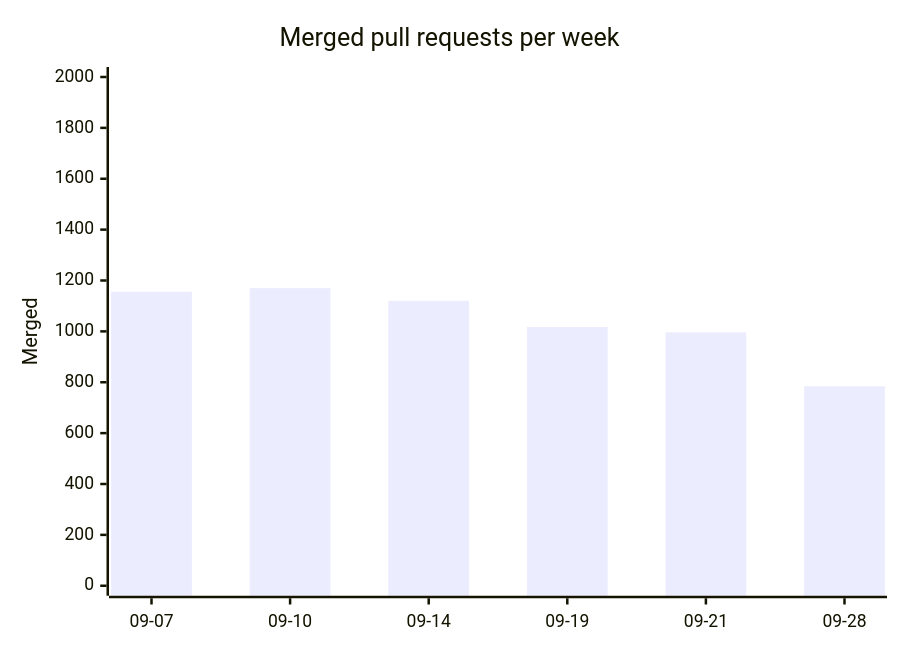
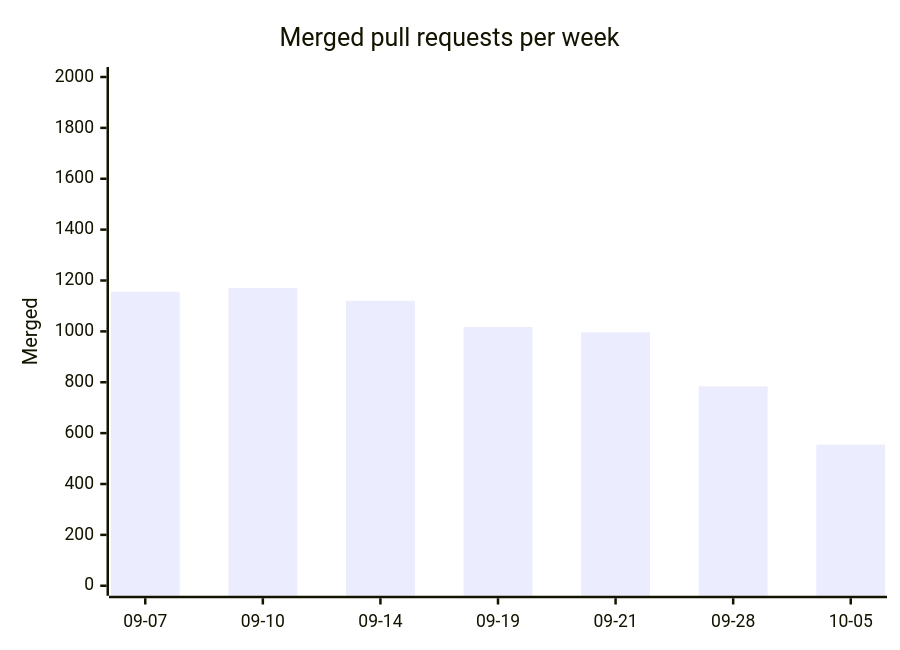
One commit to sipyourdrink-ltd/bernstein changed the first of 3 diagrams in project-pulse.md. Above: the diagram before and after it, drawn with Mermaid. The commit also changed other lines of this file and 4 other files, not shown here.

````diff
--- a/project-pulse.md
+++ b/project-pulse.md
@@ -18,7 +18,7 @@
 ```mermaid
 xychart-beta
     title "Merged pull requests per week"
-    x-axis ["09-07", "09-10", "09-14", "09-19", "09-21", "09-28"]
+    x-axis ["09-07", "09-10", "09-14", "09-19", "09-21", "09-28", "10-05"]
     y-axis "Merged" 0 --> 2000
-    bar [1156, 1170, 1120, 1017, 996, 784]
+    bar [1156, 1170, 1120, 1017, 996, 784, 555]
 ```
````
